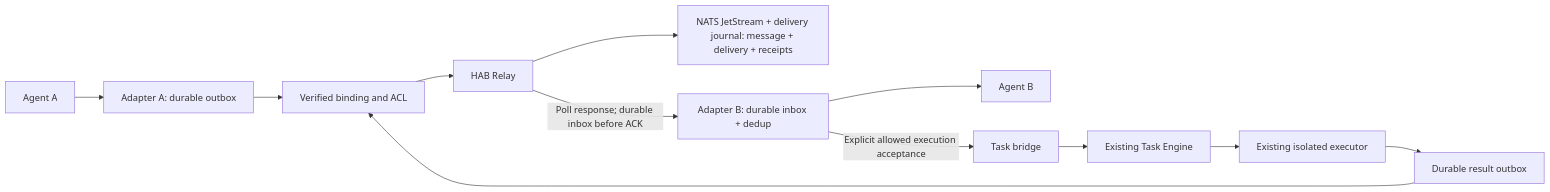
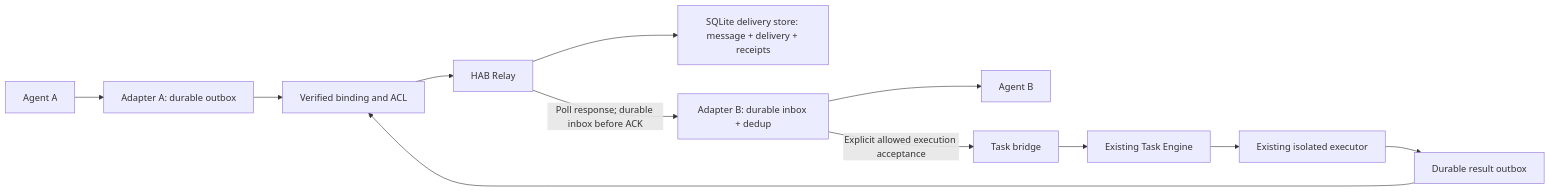
The first of 4 diagrams in docs/hab-relay-spec.md (s-hiraoku/hiraoku-agent-base), drawn with Mermaid before and after one commit. The commit also changed other lines of this file and 142 other files, not shown here.

First line of the commit message:
Deliver through one SQLite file and retire JetStream (ADR-018)

````diff
--- a/docs/hab-relay-spec.md
+++ b/docs/hab-relay-spec.md
@@ -53,14 +53,14 @@
 ```mermaid
 flowchart LR
   A["Agent A"] --> OA["Adapter A: durable outbox"]
   OA --> AUTH["Verified binding and ACL"]
   AUTH --> R["HAB Relay"]
-  R --> DB["NATS JetStream + delivery journal: message + delivery + receipts"]
+  R --> DB["SQLite delivery store: message + delivery + receipts"]
   R -->|"Poll response; durable inbox before ACK"| IB["Adapter B: durable inbox + dedup"]
   IB --> B["Agent B"]
   IB -->|"Explicit allowed execution acceptance"| TB["Task bridge"]
   TB --> TE["Existing Task Engine"]
   TE --> EX["Existing isolated executor"]
   EX --> OB["Durable result outbox"]
   OB --> AUTH
 ```
````
